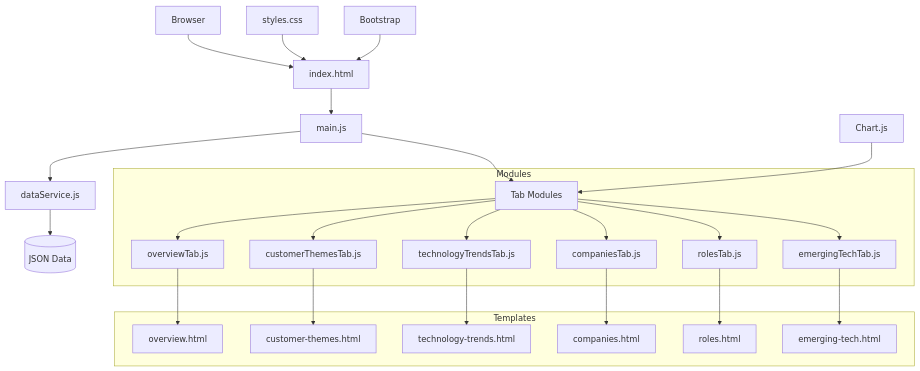
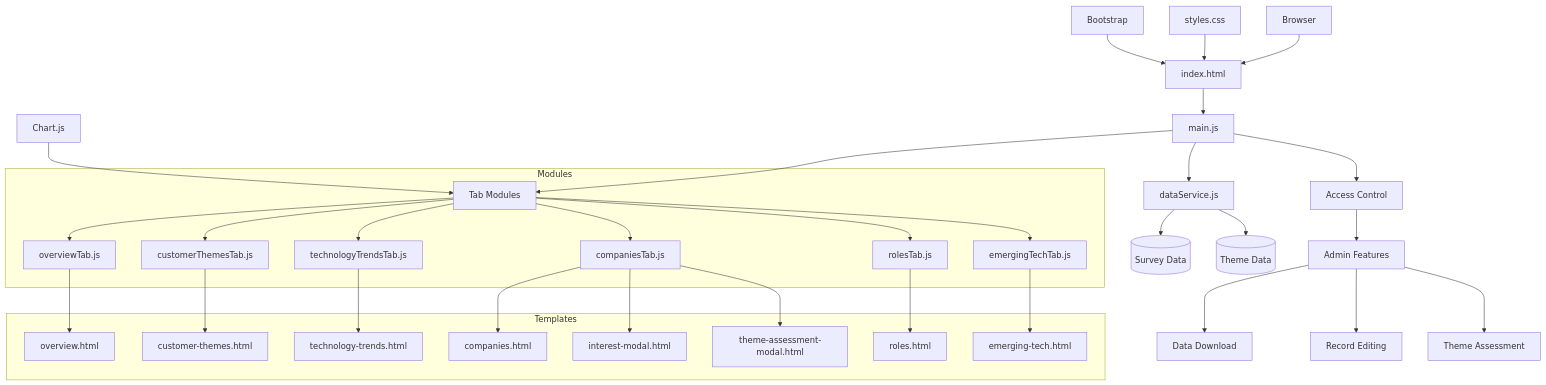
Before and after one commit to lucasjellema/brightspots-whitespots-webapp: the first of 2 diagrams in Architecture.md, drawn with Mermaid. The commit also changed other lines of this file and 15 other files, not shown here.

````diff
--- a/Architecture.md
+++ b/Architecture.md
@@ -29,31 +36,41 @@
 ```mermaid
 graph TD
     A[Browser] --> B[index.html]
     B --> C[main.js]
     C --> D[dataService.js]
     
     C --> E[Tab Modules]
-    D --> J[(JSON Data)]
+    D --> J[(Survey Data)]
+    D --> T[(Theme Data)]
     
     subgraph Modules
     E --> F[overviewTab.js]
     E --> G[customerThemesTab.js]
     E --> H[technologyTrendsTab.js]
     E --> I[companiesTab.js]
     E --> K[rolesTab.js]
     E --> L[emergingTechTab.js]
     end
     
     subgraph Templates
     F --> M[overview.html]
     G --> N[customer-themes.html]
     H --> O[technology-trends.html]
     I --> P[companies.html]
+    I --> P1[interest-modal.html]
+    I --> P2[theme-assessment-modal.html]
     K --> Q[roles.html]
     L --> R[emerging-tech.html]
     end
     
     S[styles.css] --> B
-    T[Chart.js] --> E
+    V[Chart.js] --> E
     U[Bootstrap] --> B
+    
+    %% Admin Mode Components
+    C --> W[Access Control]
+    W --> X[Admin Features]
+    X --> Y[Data Download]
+    X --> Z[Record Editing]
+    X --> AA[Theme Assessment]
 ```
````
